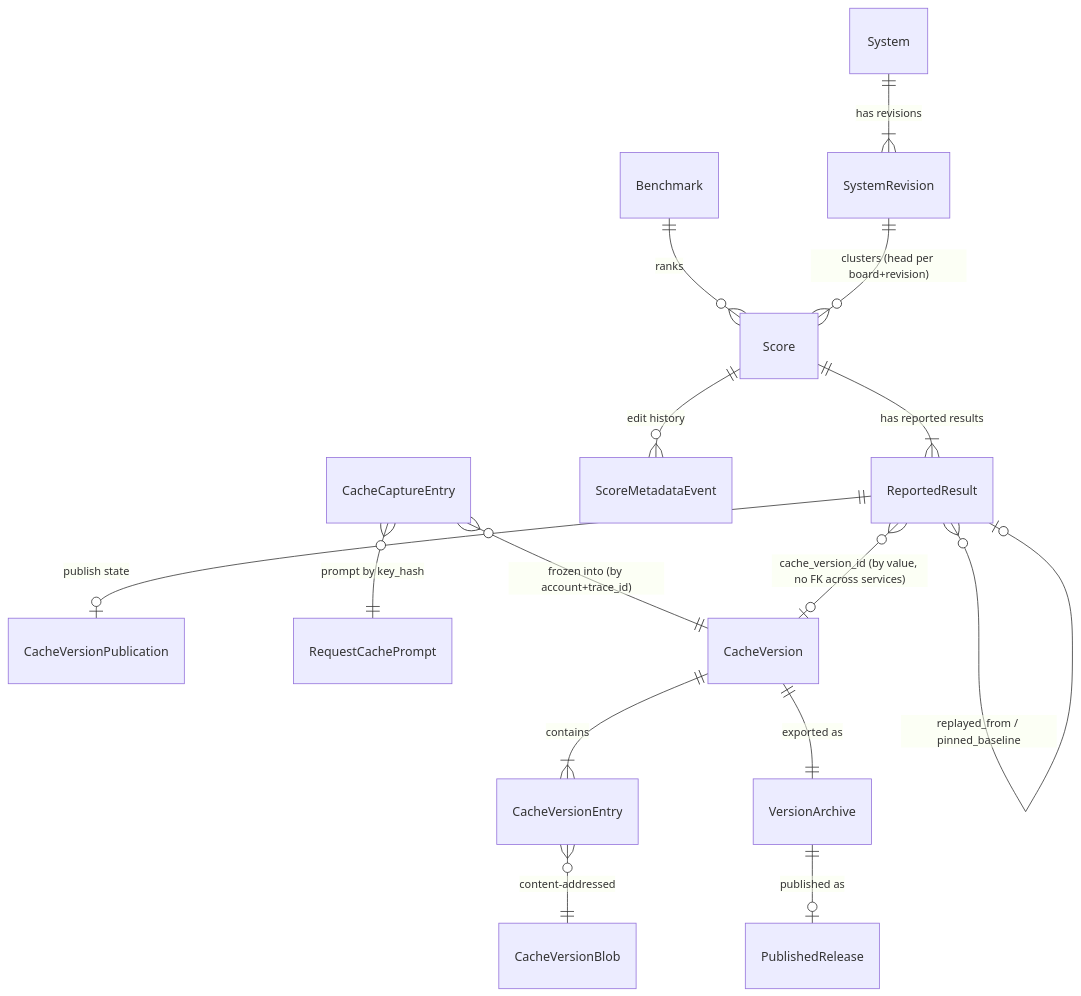
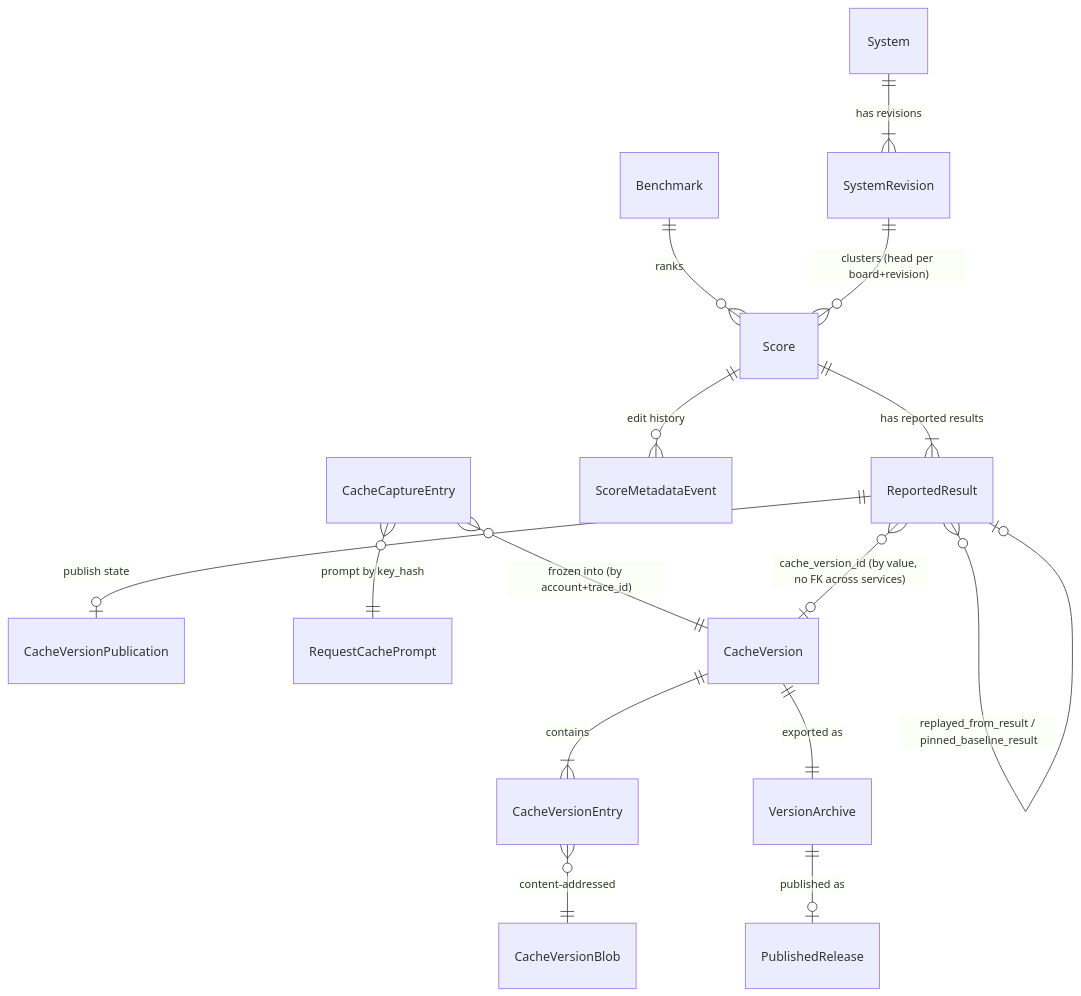
The diagram in docs/spec/2026-09-29-e14-reproducible-submission/erd.md (ScreamingFace/screamingface), drawn with Mermaid before and after one commit. The commit also changed other lines of this file and 12 other files, not shown here.

````diff
--- a/docs/spec/2026-09-29-e14-reproducible-submission/erd.md
+++ b/docs/spec/2026-09-29-e14-reproducible-submission/erd.md
@@ -19,19 +19,19 @@
 ```mermaid
 erDiagram
     Benchmark ||--o{ Score : "ranks"
     System ||--|{ SystemRevision : "has revisions"
     SystemRevision ||--o{ Score : "clusters (head per board+revision)"
     Score ||--|{ ReportedResult : "has reported results"
     Score ||--o{ ScoreMetadataEvent : "edit history"
     ReportedResult ||--o| CacheVersionPublication : "publish state"
-    ReportedResult }o--o| ReportedResult : "replayed_from / pinned_baseline"
+    ReportedResult }o--o| ReportedResult : "replayed_from_result / pinned_baseline_result"
 
     CacheCaptureEntry }o--|| RequestCachePrompt : "prompt by key_hash"
     CacheCaptureEntry }o--|| CacheVersion : "frozen into (by account+trace_id)"
     CacheVersion ||--|{ CacheVersionEntry : "contains"
     CacheVersionEntry }o--|| CacheVersionBlob : "content-addressed"
     CacheVersion ||--|| VersionArchive : "exported as"
     VersionArchive ||--o| PublishedRelease : "published as"
 
     ReportedResult }o--o| CacheVersion : "cache_version_id (by value, no FK across services)"
 ```
````
